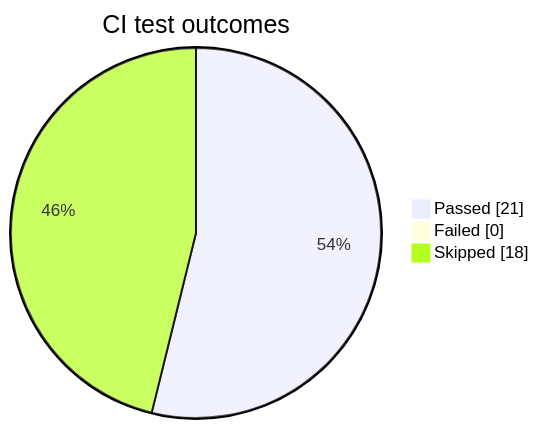
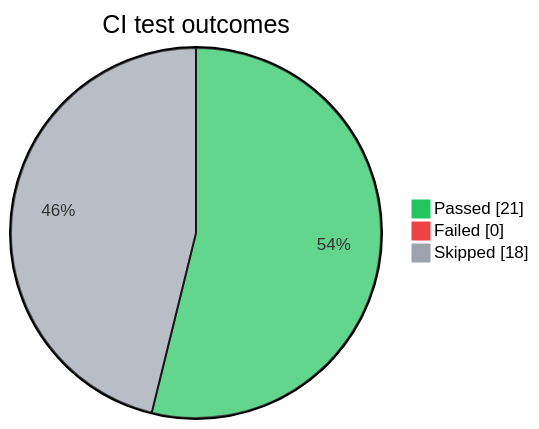
Before and after one commit to umati/UA-for-Industrial-Joining-Technologies: the diagram in tests/reporting/fixtures/expected/ci_summary.md, drawn with Mermaid. The commit also changed 9 other files, not shown here.

First line of the commit message:
Restructure System Tests summary and fix CI chart colors

````diff
--- a/tests/reporting/fixtures/expected/ci_summary.md
+++ b/tests/reporting/fixtures/expected/ci_summary.md
@@ -10,7 +10,8 @@
 ```mermaid
+%%{init: {"themeVariables": {"pie1": "#22c55e", "pie2": "#ef4444", "pie3": "#9ca3af"}}}%%
 pie showData
   title CI test outcomes
   "Passed" : 21
   "Failed" : 0
   "Skipped" : 18
 ```
````
